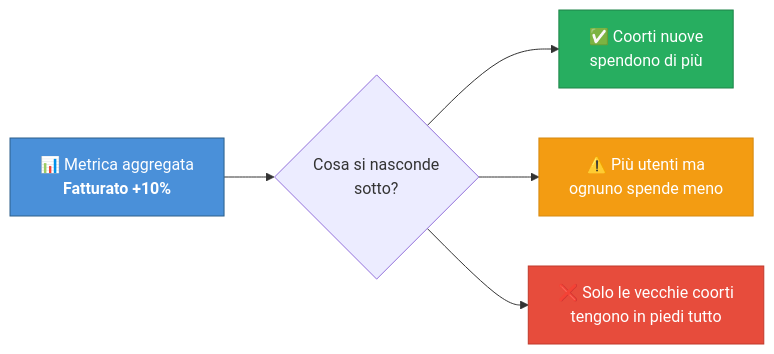
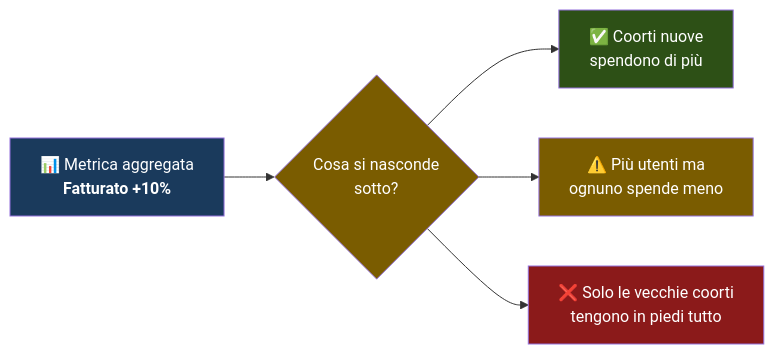
The first of 12 diagrams in src/content/corso/analisi-prodotto/analisi-coorte.mdx (AndreyBertasini/gynnitech), drawn with Mermaid before and after one commit. The commit also changed other lines of this file and 21 other files, not shown here.

First line of the commit message:
style: applica color scheme semantico a tutti i diagrammi Mermaid del corso

````diff
--- a/src/content/corso/analisi-prodotto/analisi-coorte.mdx
+++ b/src/content/corso/analisi-prodotto/analisi-coorte.mdx
@@ -23,11 +23,12 @@
 ```mermaid
 graph LR
     A["📊 Metrica aggregata<br/><b>Fatturato +10%</b>"] --> B{"Cosa si nasconde<br/>sotto?"}
     B --> C["✅ Coorti nuove<br/>spendono di più"]
     B --> D["⚠️ Più utenti ma<br/>ognuno spende meno"]
     B --> E["❌ Solo le vecchie coorti<br/>tengono in piedi tutto"]
-    style A fill:#4a90d9,stroke:#2c5f8a,color:#fff
-    style C fill:#27ae60,stroke:#1e8449,color:#fff
-    style D fill:#f39c12,stroke:#d68910,color:#fff
-    style E fill:#e74c3c,stroke:#c0392b,color:#fff
+    style A fill:#1a3a5c,color:#ffffff
+    style B fill:#7a5c00,color:#ffffff
+    style C fill:#2d5016,color:#ffffff
+    style D fill:#7a5c00,color:#ffffff
+    style E fill:#8b1a1a,color:#ffffff
 ```
````
